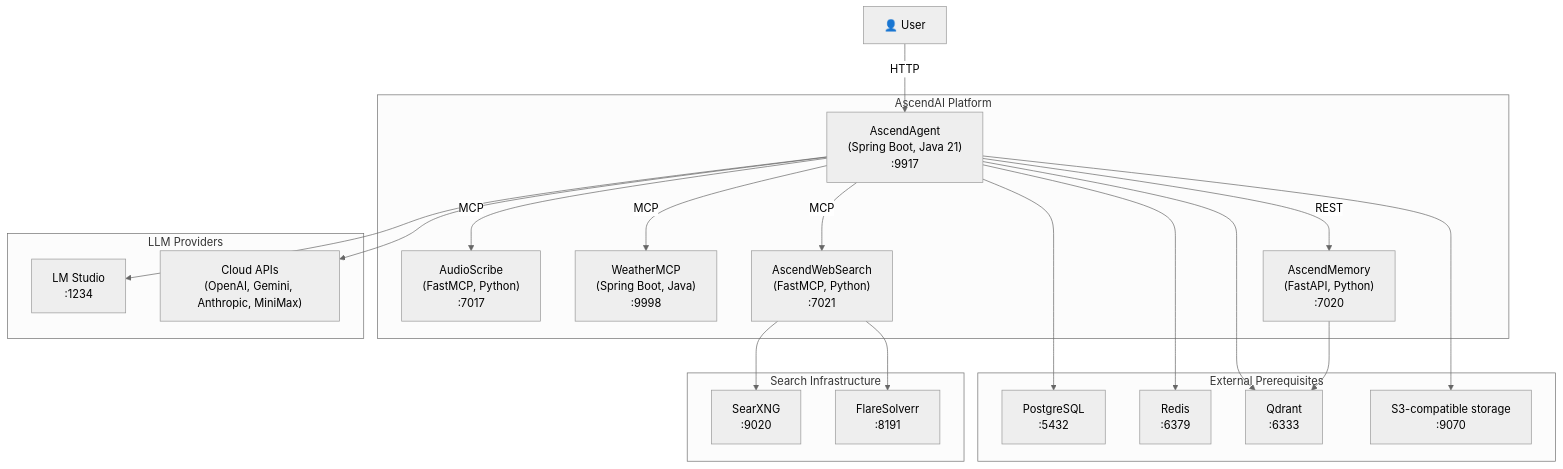
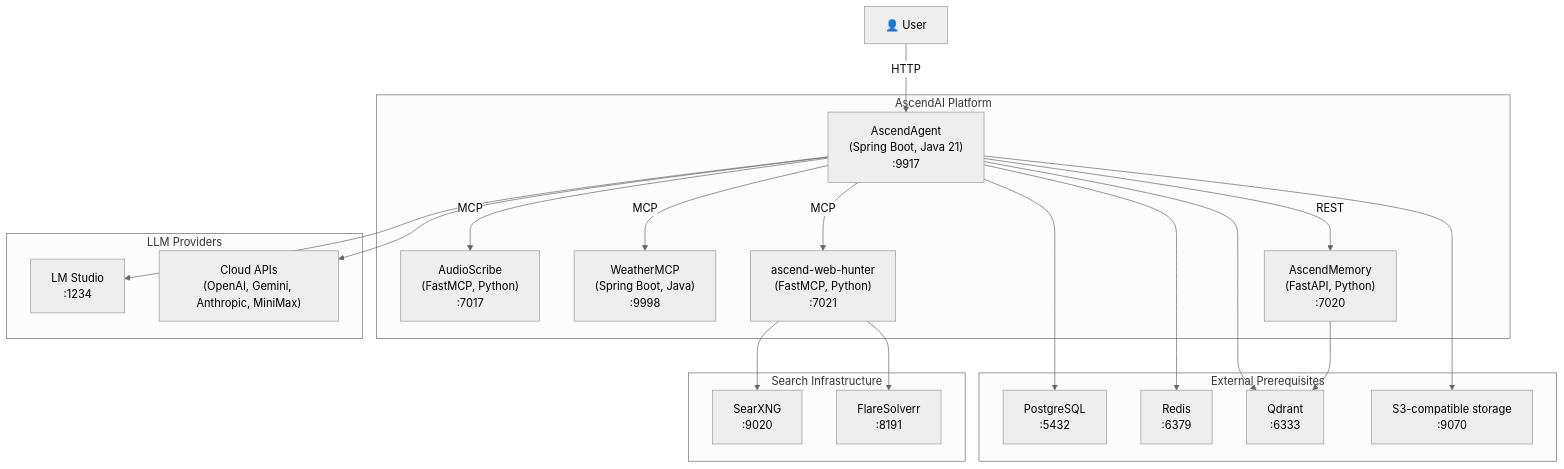
One commit to Lukk17/AscendAI changed the diagram in AscendAgent/docs/architecture/diagrams/container-diagram.md. Above: the diagram before and after it, drawn with Mermaid (neutral theme). The commit also changed 422 other files, not shown here.

````diff
--- a/AscendAgent/docs/architecture/diagrams/container-diagram.md
+++ b/AscendAgent/docs/architecture/diagrams/container-diagram.md
@@ -3,44 +3,44 @@
 ```mermaid
 graph TB
     User["👤 User"]
 
     subgraph "AscendAI Platform"
         AscendAgent["AscendAgent<br/>(Spring Boot, Java 21)<br/>:9917"]
         AudioScribe["AudioScribe<br/>(FastMCP, Python)<br/>:7017"]
         Weather["WeatherMCP<br/>(Spring Boot, Java)<br/>:9998"]
-        WebSearch["AscendWebSearch<br/>(FastMCP, Python)<br/>:7021"]
+        WebHunter["ascend-web-hunter<br/>(FastMCP, Python)<br/>:7021"]
         Memory["AscendMemory<br/>(FastAPI, Python)<br/>:7020"]
     end
 
     subgraph "External Prerequisites"
         Postgres["PostgreSQL<br/>:5432"]
         Redis["Redis<br/>:6379"]
         Qdrant["Qdrant<br/>:6333"]
         S3["S3-compatible storage<br/>:9070"]
     end
 
     subgraph "Search Infrastructure"
         SearXNG["SearXNG<br/>:9020"]
         FlareSolverr["FlareSolverr<br/>:8191"]
     end
 
     subgraph "LLM Providers"
         LMStudio["LM Studio<br/>:1234"]
         CloudAPIs["Cloud APIs<br/>(OpenAI, Gemini, Anthropic, MiniMax)"]
     end
 
     User -->|"HTTP"| AscendAgent
     AscendAgent -->|"MCP"| AudioScribe
     AscendAgent -->|"MCP"| Weather
-    AscendAgent -->|"MCP"| WebSearch
+    AscendAgent -->|"MCP"| WebHunter
     AscendAgent -->|"REST"| Memory
     AscendAgent --> Postgres
     AscendAgent --> Redis
     AscendAgent --> Qdrant
     AscendAgent --> S3
     AscendAgent --> LMStudio
     AscendAgent --> CloudAPIs
-    WebSearch --> SearXNG
-    WebSearch --> FlareSolverr
+    WebHunter --> SearXNG
+    WebHunter --> FlareSolverr
     Memory --> Qdrant
 ```
````
